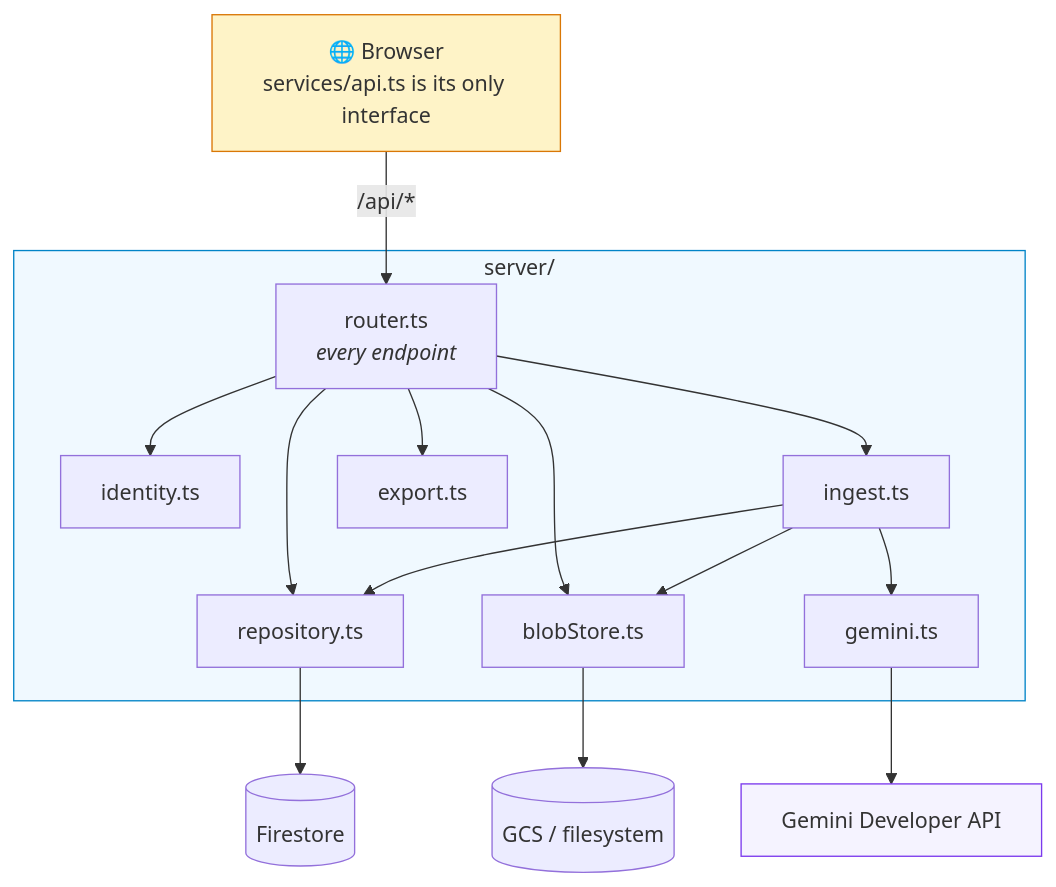
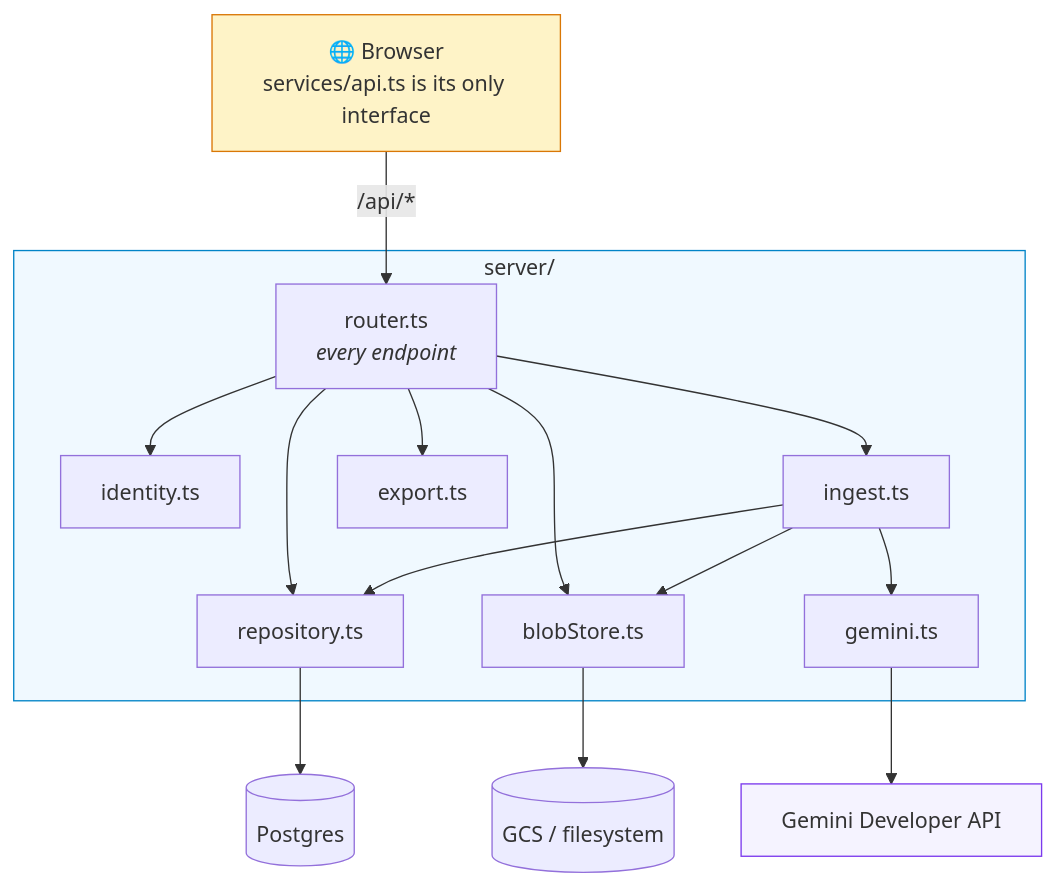
One commit to BuildGeekAI/scholar-mind changed the first of 12 diagrams in docs/architecture/README.md. Above: the diagram before and after it, drawn with Mermaid. The commit also changed other lines of this file and 6 other files, not shown here.

````diff
--- a/docs/architecture/README.md
+++ b/docs/architecture/README.md
@@ -11,32 +11,32 @@
 ```mermaid
 flowchart TB
     B["🌐 Browser<br/>services/api.ts is its only interface"]
 
     subgraph S["server/"]
         RT["router.ts<br/><i>every endpoint</i>"]
         ID["identity.ts"]
         RP["repository.ts"]
         BS["blobStore.ts"]
         GM["gemini.ts"]
         IN["ingest.ts"]
         EX["export.ts"]
     end
 
     B -->|"/api/*"| RT
     RT --> ID
     RT --> RP
     RT --> BS
     RT --> IN
     RT --> EX
     IN --> GM
     IN --> BS
     IN --> RP
 
-    RP --> FS[("Firestore")]
+    RP --> FS[("Postgres")]
     BS --> BLOB[("GCS / filesystem")]
     GM --> GEM["Gemini Developer API"]
 
     style B fill:#fef3c7,stroke:#d97706
     style S fill:#f0f9ff,stroke:#0284c7
     style GEM fill:#f5f3ff,stroke:#7c3aed
 ```
````
